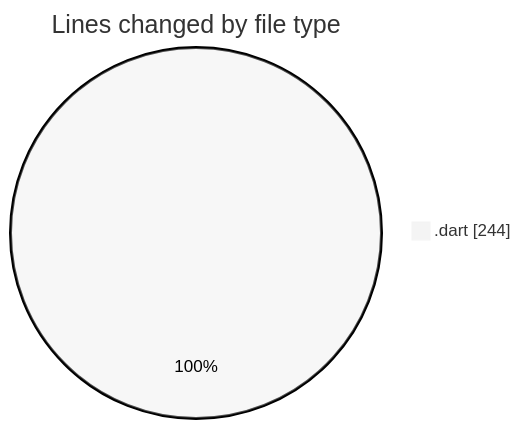
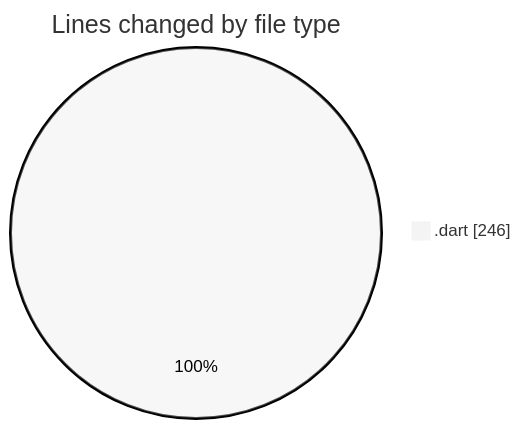
The first of 2 diagrams in 2025-03-25/wordle/README.md (donsfak/code-tracking), drawn with Mermaid (neutral theme) before and after one commit. The commit also changed other lines of this file and 1 other file, not shown here.

````diff
--- a/2025-03-25/wordle/README.md
+++ b/2025-03-25/wordle/README.md
@@ -26,5 +26,5 @@
 ```mermaid
 pie showData
 title Lines changed by file type
-".dart" : 244
+".dart" : 246
 ```
````
